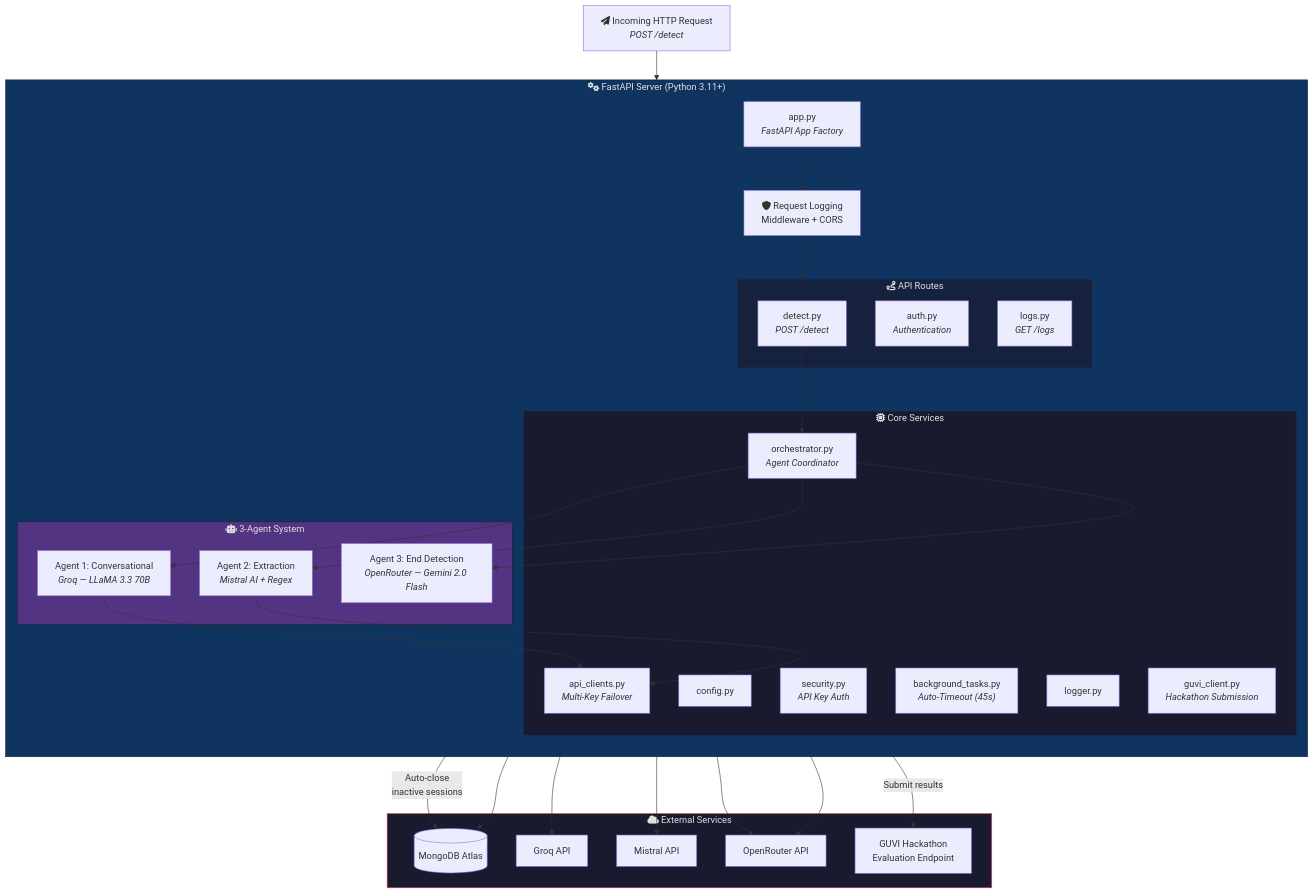
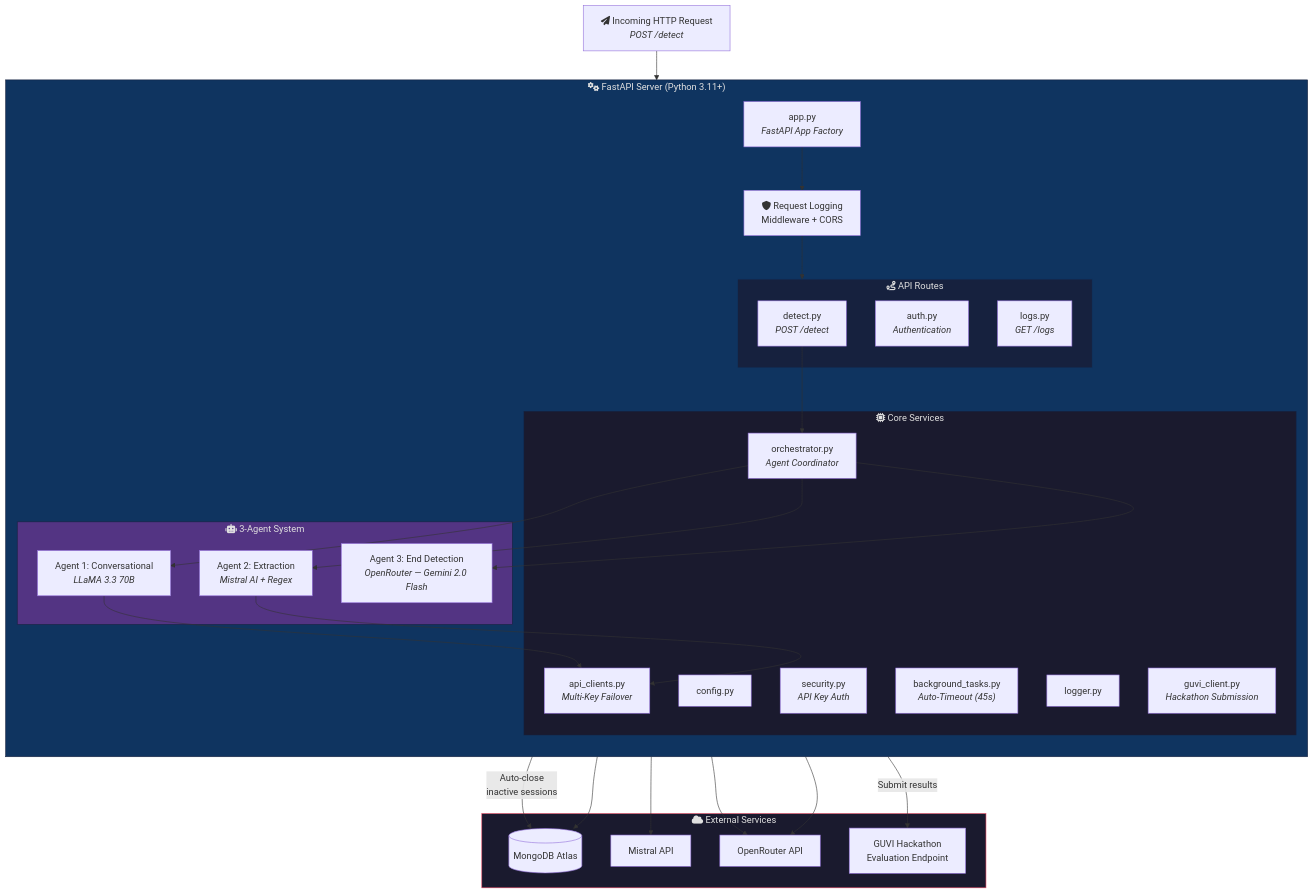
The first of 3 diagrams in README.md (ShanmugaRamana/Dhurvam), drawn with Mermaid before and after one commit. The commit also changed other lines of this file, not shown here.

````diff
--- a/README.md
+++ b/README.md
@@ -9,71 +9,69 @@
 ```mermaid
 graph TB
     Client["fa:fa-paper-plane Incoming HTTP Request<br/><i>POST /detect</i>"]
 
     subgraph Server["fa:fa-cogs FastAPI Server (Python 3.11+)"]
         direction TB
         AppFactory["app.py<br/><i>FastAPI App Factory</i>"]
         Middleware["fa:fa-shield Request Logging<br/>Middleware + CORS"]
 
         subgraph Routes["fa:fa-route API Routes"]
             DetectRoute["detect.py<br/><i>POST /detect</i>"]
             AuthRoute["auth.py<br/><i>Authentication</i>"]
             LogsRoute["logs.py<br/><i>GET /logs</i>"]
         end
 
         subgraph Core["fa:fa-microchip Core Services"]
             Orchestrator["orchestrator.py<br/><i>Agent Coordinator</i>"]
             APIClients["api_clients.py<br/><i>Multi-Key Failover</i>"]
             Config["config.py"]
             Security["security.py<br/><i>API Key Auth</i>"]
             BGTasks["background_tasks.py<br/><i>Auto-Timeout (45s)</i>"]
             Logger["logger.py"]
             GUVIClient["guvi_client.py<br/><i>Hackathon Submission</i>"]
         end
 
         subgraph Agents["fa:fa-robot 3-Agent System"]
-            Agent1["Agent 1: Conversational<br/><i>Groq — LLaMA 3.3 70B</i>"]
+            Agent1["Agent 1: Conversational<br/><i>LLaMA 3.3 70B</i>"]
             Agent2["Agent 2: Extraction<br/><i>Mistral AI + Regex</i>"]
             Agent3["Agent 3: End Detection<br/><i>OpenRouter — Gemini 2.0 Flash</i>"]
         end
     end
 
     subgraph External["fa:fa-cloud External Services"]
         MongoDB[(MongoDB Atlas)]
-        GroqAPI["Groq API"]
         MistralAPI["Mistral API"]
         OpenRouterAPI["OpenRouter API"]
         GUVIEndpoint["GUVI Hackathon<br/>Evaluation Endpoint"]
     end
 
     %% Entry point
     Client --> AppFactory
     AppFactory --> Middleware --> Routes
 
     %% Internal flow
     DetectRoute --> Orchestrator
     Orchestrator --> Agent1
     Orchestrator --> Agent2
     Orchestrator --> Agent3
     BGTasks -- "Auto-close<br/>inactive sessions" --> MongoDB
 
     %% Agent to API Clients
     Agent1 --> APIClients
     Agent2 --> APIClients
     Agent3 --> OpenRouterAPI
 
     %% API Clients to External
-    APIClients --> GroqAPI
     APIClients --> MistralAPI
     APIClients --> OpenRouterAPI
 
     %% Data persistence & submission
     Orchestrator --> MongoDB
     GUVIClient -- "Submit results" --> GUVIEndpoint
 
     style Server fill:#0f3460,stroke:#16213e,color:#e0e0e0
     style Agents fill:#533483,stroke:#16213e,color:#e0e0e0
     style External fill:#1a1a2e,stroke:#e94560,color:#e0e0e0
     style Core fill:#1a1a2e,stroke:#16213e,color:#e0e0e0
     style Routes fill:#16213e,stroke:#0f3460,color:#e0e0e0
 ```
````
